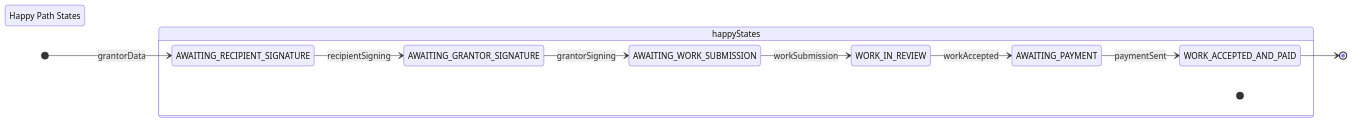
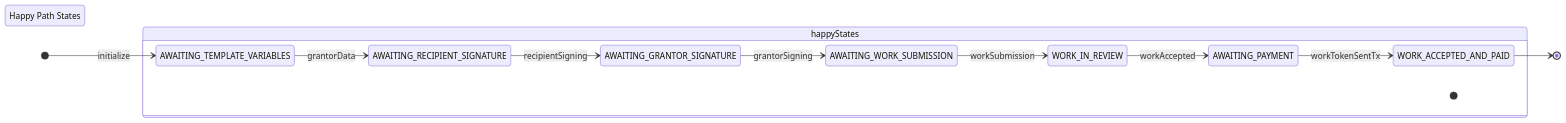
One commit to Consensys-Network-State/signet-execution-prototype changed the first of 5 diagrams in lua-actor/src/tests/grant-simple/grant-simple.md. Above: the diagram before and after it, drawn with Mermaid. The commit also changed other lines of this file, not shown here.

````diff
--- a/lua-actor/src/tests/grant-simple/grant-simple.md
+++ b/lua-actor/src/tests/grant-simple/grant-simple.md
@@ -4,24 +4,26 @@
 ```mermaid
 stateDiagram-v2
     direction LR
     
     state "Happy Path States" as happyStates #LightGreen
     
-    [*] --> AWAITING_RECIPIENT_SIGNATURE: grantorData
+    [*] --> AWAITING_TEMPLATE_VARIABLES: initialize
+    AWAITING_TEMPLATE_VARIABLES --> AWAITING_RECIPIENT_SIGNATURE: grantorData
     AWAITING_RECIPIENT_SIGNATURE --> AWAITING_GRANTOR_SIGNATURE: recipientSigning
     AWAITING_GRANTOR_SIGNATURE --> AWAITING_WORK_SUBMISSION: grantorSigning
     AWAITING_WORK_SUBMISSION --> WORK_IN_REVIEW: workSubmission
     WORK_IN_REVIEW --> AWAITING_PAYMENT: workAccepted
-    AWAITING_PAYMENT --> WORK_ACCEPTED_AND_PAID: paymentSent
+    AWAITING_PAYMENT --> WORK_ACCEPTED_AND_PAID: workTokenSentTx
     WORK_ACCEPTED_AND_PAID --> [*]
     
     state happyStates {
         [*]
+        AWAITING_TEMPLATE_VARIABLES
         AWAITING_RECIPIENT_SIGNATURE
         AWAITING_GRANTOR_SIGNATURE
         AWAITING_WORK_SUBMISSION
         WORK_IN_REVIEW
         AWAITING_PAYMENT
         WORK_ACCEPTED_AND_PAID
     }
 ```
````
